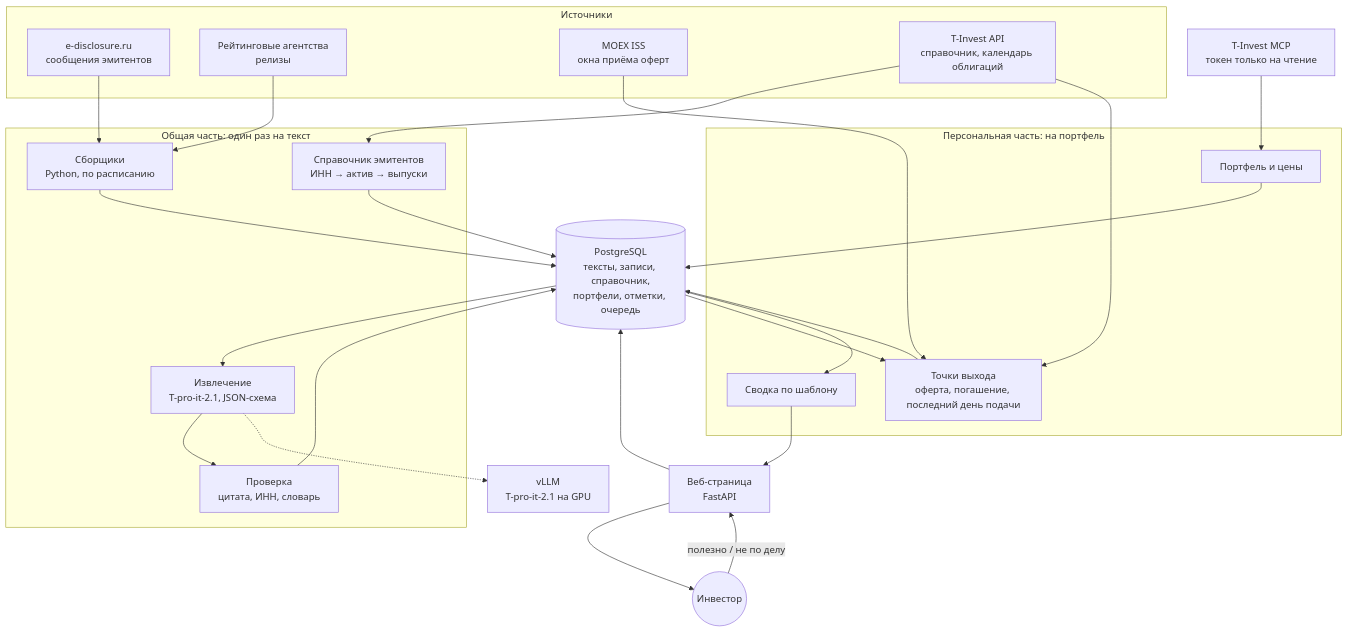
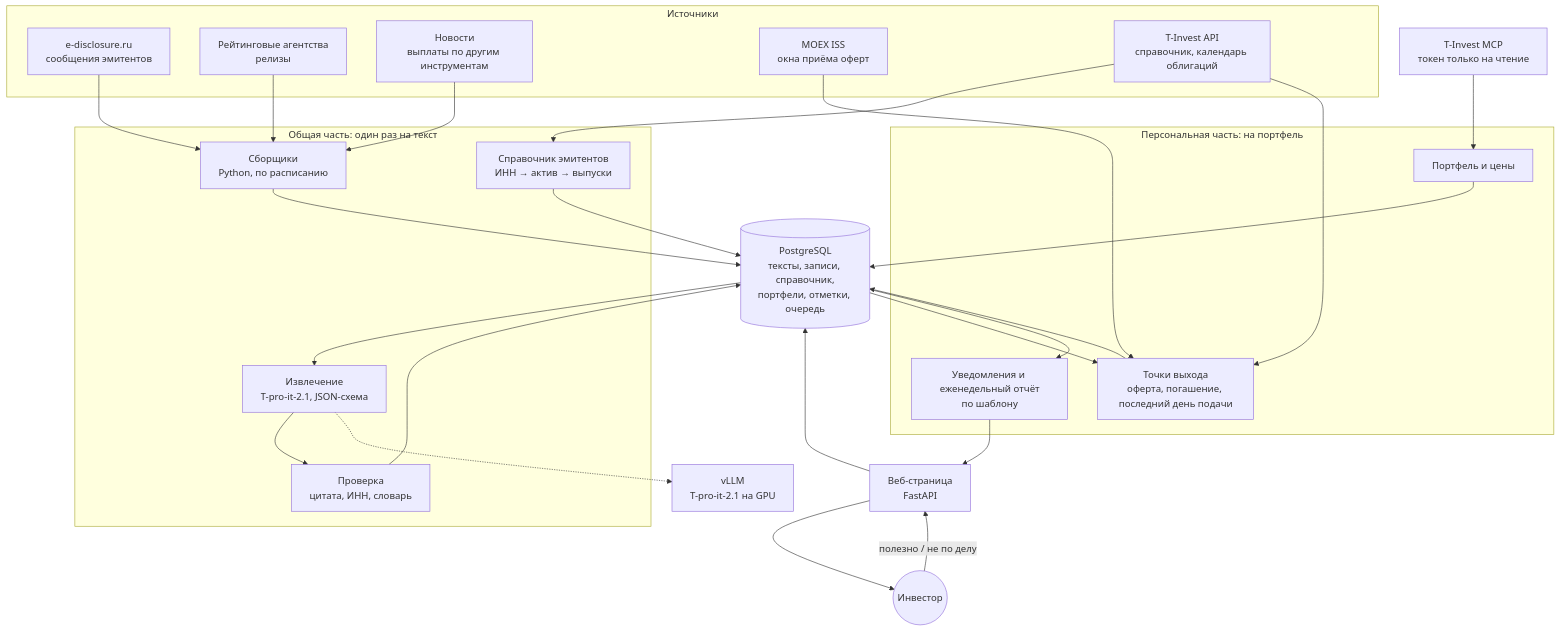
The first of 3 diagrams in docs/architecture.md (mawarzd/portfolio-event-radar), drawn with Mermaid before and after one commit. The commit also changed other lines of this file and 5 other files, not shown here.

Commit message:
Сегмент «купонный инвестор», формат: тишина, уведомления по событию, еженедельный отчёт; новости в первой версии по итогам проверки

````diff
--- a/docs/architecture.md
+++ b/docs/architecture.md
@@ -10,41 +12,43 @@
 ```mermaid
 flowchart TB
     subgraph SRC["Источники"]
         DISC["e-disclosure.ru<br/>сообщения эмитентов"]
         RA["Рейтинговые агентства<br/>релизы"]
+        NEWS["Новости<br/>выплаты по другим инструментам"]
         ISS["MOEX ISS<br/>окна приёма оферт"]
         TAPI["T-Invest API<br/>справочник, календарь облигаций"]
     end
 
     subgraph SHARED["Общая часть: один раз на текст"]
         COL["Сборщики<br/>Python, по расписанию"]
         DIR["Справочник эмитентов<br/>ИНН → актив → выпуски"]
         EXT["Извлечение<br/>T-pro-it-2.1, JSON-схема"]
         VER["Проверка<br/>цитата, ИНН, словарь"]
     end
 
     subgraph PERSONAL["Персональная часть: на портфель"]
         PF["Портфель и цены"]
         EXIT["Точки выхода<br/>оферта, погашение, последний день подачи"]
-        SUM["Сводка по шаблону"]
+        SUM["Уведомления и еженедельный отчёт<br/>по шаблону"]
     end
 
     PG[("PostgreSQL<br/>тексты, записи, справочник,<br/>портфели, отметки, очередь")]
     LLM["vLLM<br/>T-pro-it-2.1 на GPU"]
     MCP["T-Invest MCP<br/>токен только на чтение"]
     WEB["Веб-страница<br/>FastAPI"]
     USER(("Инвестор"))
 
     DISC --> COL
     RA --> COL
+    NEWS --> COL
     COL --> PG
     TAPI --> DIR --> PG
     PG --> EXT --> VER --> PG
     EXT -.-> LLM
     MCP --> PF --> PG
     ISS --> EXIT
     TAPI --> EXIT
     PG --> EXIT --> PG
     PG --> SUM --> WEB --> USER
     USER -->|"полезно / не по делу"| WEB --> PG
 ```
````
